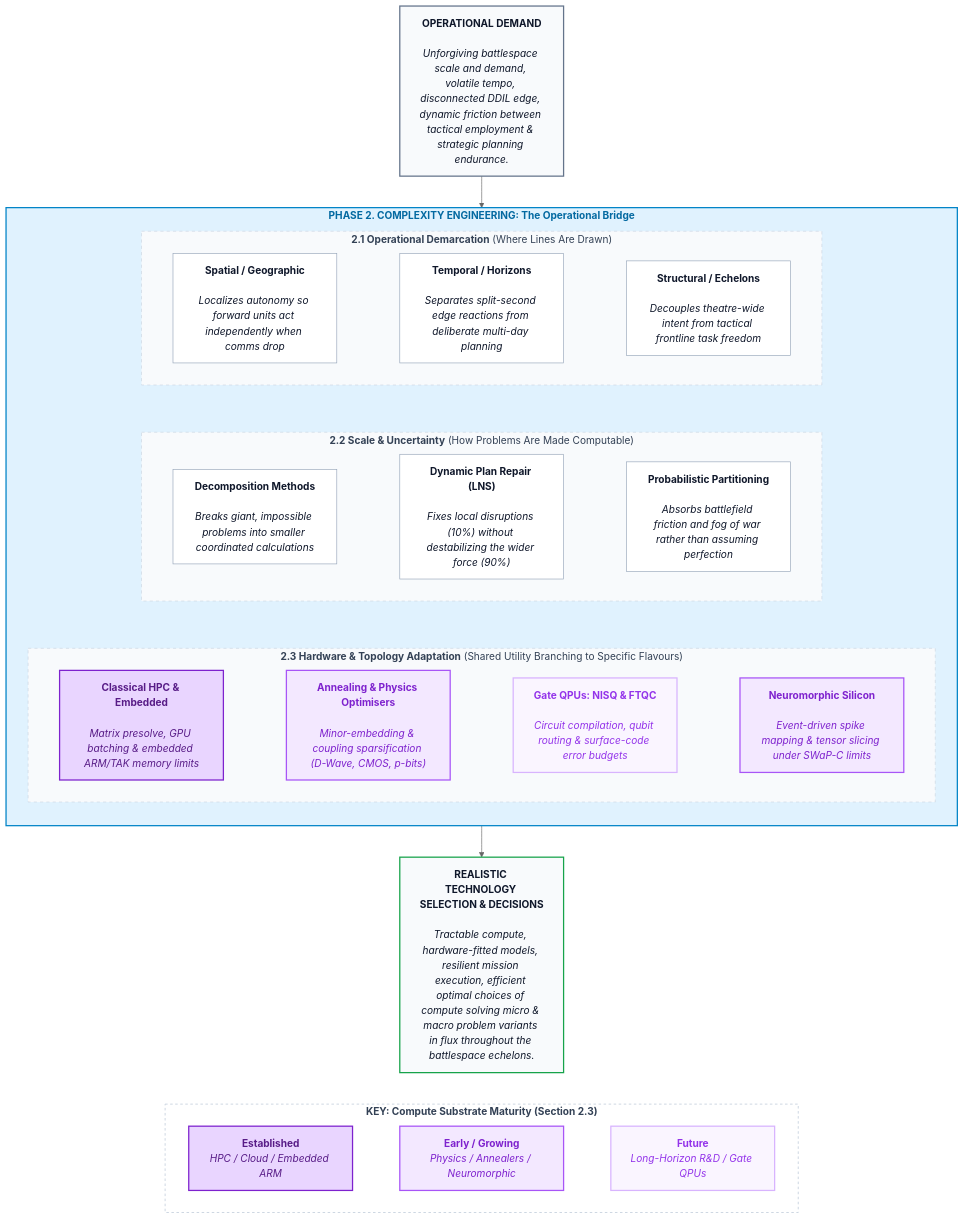
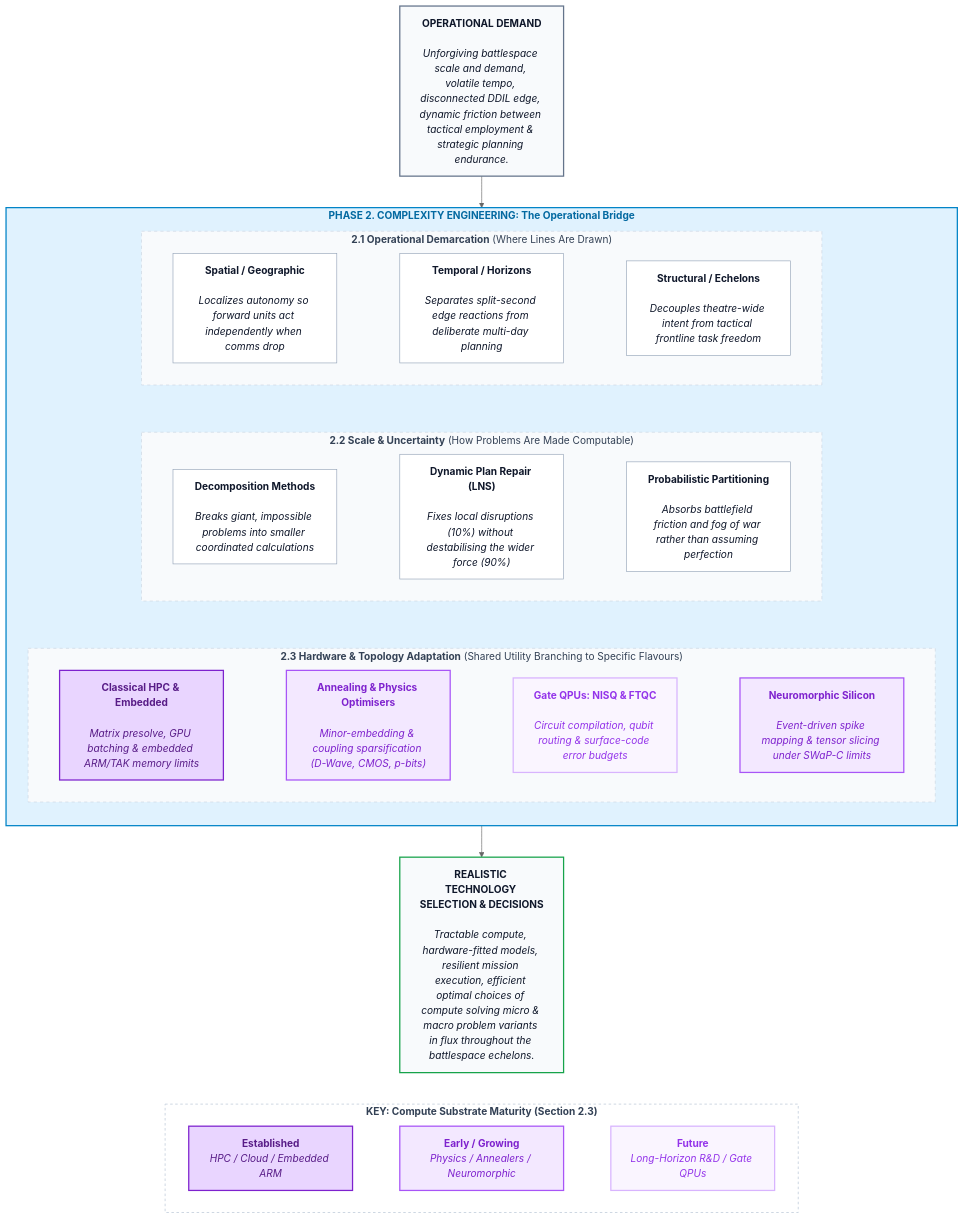
The sixth of 8 diagrams in quantum/The_Emergent_Algorithmic_Bridge.md (baddogdown/knowledge), drawn with Mermaid (neutral theme) before and after one commit. The commit also changed other lines of this file, not shown here.

````diff
--- a/quantum/The_Emergent_Algorithmic_Bridge.md
+++ b/quantum/The_Emergent_Algorithmic_Bridge.md
@@ -754,82 +754,82 @@
 ```mermaid
 flowchart TB
 
     DEMAND["<b>OPERATIONAL DEMAND</b><br/><br/><i>Unforgiving battlespace scale and demand, volatile tempo, disconnected DDIL edge, dynamic friction between tactical employment & strategic planning endurance.</i>"]
     
     OUTCOME["<b>REALISTIC TECHNOLOGY SELECTION & DECISIONS</b><br/><br/><i>Tractable compute, hardware-fitted models, resilient mission execution, efficient optimal choices of compute solving micro & macro problem variants in flux throughout the battlespace echelons.</i>"]
 
     subgraph BRIDGE ["<b>PHASE 2. COMPLEXITY ENGINEERING: The Operational Bridge</b>"]
         direction TB
 
         %% Row 1: Section 2.1 Bullets
         subgraph SEC21 ["<b>2.1 Operational Demarcation</b> (Where Lines Are Drawn)"]
             direction LR
             B1["<b>Spatial / Geographic</b><br/><br/><i>Localizes autonomy so forward units act independently when comms drop</i>"]
             B2["<b>Temporal / Horizons</b><br/><br/><i>Separates split-second edge reactions from deliberate multi-day planning</i>"]
             B3["<b>Structural / Echelons</b><br/><br/><i>Decouples theatre-wide intent from tactical frontline task freedom</i>"]
             B1 ~~~ B2 ~~~ B3
         end
 
         %% Row 2: Section 2.2 Bullets
         subgraph SEC22 ["<b>2.2 Scale & Uncertainty</b> (How Problems Are Made Computable)"]
             direction LR
             M1["<b>Decomposition Methods</b><br/><br/><i>Breaks giant, impossible problems into smaller coordinated calculations</i>"]
-            M2["<b>Dynamic Plan Repair (LNS)</b><br/><br/><i>Fixes local disruptions (10%) without destabilizing the wider force (90%)</i>"]
+            M2["<b>Dynamic Plan Repair (LNS)</b><br/><br/><i>Fixes local disruptions (10%) without destabilising the wider force (90%)</i>"]
             M3["<b>Probabilistic Partitioning</b><br/><br/><i>Absorbs battlefield friction and fog of war rather than assuming perfection</i>"]
             M1 ~~~ M2 ~~~ M3
         end
 
         %% Row 3: Section 2.3 Bullets
         subgraph SEC23 ["<b>2.3 Hardware & Topology Adaptation</b> (Shared Utility Branching to Specific Flavours)"]
             direction LR
             H0["<b>Classical HPC & Embedded</b><br/><br/><i>Matrix presolve, GPU batching & embedded ARM/TAK memory limits</i>"]
             H1["<b>Annealing & Physics Optimisers</b><br/><br/><i>Minor-embedding & coupling sparsification (D-Wave, CMOS, p-bits)</i>"]
             H2["<b>Gate QPUs: NISQ & FTQC</b><br/><br/><i>Circuit compilation, qubit routing & surface-code error budgets</i>"]
             H3["<b>Neuromorphic Silicon</b><br/><br/><i>Event-driven spike mapping & tensor slicing under SWaP-C limits</i>"]
             H0 ~~~ H1 ~~~ H2 ~~~ H3
         end
 
         SEC21 ~~~ SEC22 ~~~ SEC23
     end
 
     DEMAND --> BRIDGE
     BRIDGE --> OUTCOME
 
     subgraph KEY_D4 ["<b>KEY: Compute Substrate Maturity (Section 2.3)</b>"]
         direction LR
         K1["<b>Established</b><br/><i>HPC / Cloud / Embedded ARM</i>"]
         K2["<b>Early / Growing</b><br/><i>Physics / Annealers / Neuromorphic</i>"]
         K3["<b>Future</b><br/><i>Long-Horizon R&D / Gate QPUs</i>"]
         K1 ~~~ K2 ~~~ K3
     end
 
     OUTCOME ~~~ KEY_D4
 
     %% Styling
     style DEMAND fill:#f8fafc,stroke:#64748b,stroke-width:2px,color:#0f172a
     style OUTCOME fill:#f8fafc,stroke:#16a34a,stroke-width:2px,color:#0f172a
 
     style BRIDGE fill:#e0f2fe,stroke:#0284c7,stroke-width:2px,color:#0369a1
     style SEC21 fill:#f8fafc,stroke:#cbd5e1,stroke-width:1px,stroke-dasharray: 5 5,color:#334155
     style SEC22 fill:#f8fafc,stroke:#cbd5e1,stroke-width:1px,stroke-dasharray: 5 5,color:#334155
     style SEC23 fill:#f8fafc,stroke:#cbd5e1,stroke-width:1px,stroke-dasharray: 5 5,color:#334155
 
     style B1 fill:#ffffff,stroke:#94a3b8,stroke-width:1px,color:#0f172a
     style B2 fill:#ffffff,stroke:#94a3b8,stroke-width:1px,color:#0f172a
     style B3 fill:#ffffff,stroke:#94a3b8,stroke-width:1px,color:#0f172a
 
     style M1 fill:#ffffff,stroke:#94a3b8,stroke-width:1px,color:#0f172a
     style M2 fill:#ffffff,stroke:#94a3b8,stroke-width:1px,color:#0f172a
     style M3 fill:#ffffff,stroke:#94a3b8,stroke-width:1px,color:#0f172a
 
     style KEY_D4 fill:#ffffff,stroke:#cbd5e1,stroke-width:1.5px,stroke-dasharray: 4 4,color:#334155
 
     %% Substrate Maturity Classes (matching Diagram 1)
     classDef matureStrong fill:#e9d5ff,stroke:#7e22ce,stroke-width:2px,color:#581c87
     classDef matureMedium fill:#f3e8ff,stroke:#a855f7,stroke-width:2px,color:#7e22ce
     classDef matureWeak fill:#faf5ff,stroke:#d8b4fe,stroke-width:2px,color:#9333ea
 
     class H0,K1 matureStrong
     class H1,H3,K2 matureMedium
     class H2,K3 matureWeak
 ```
````
